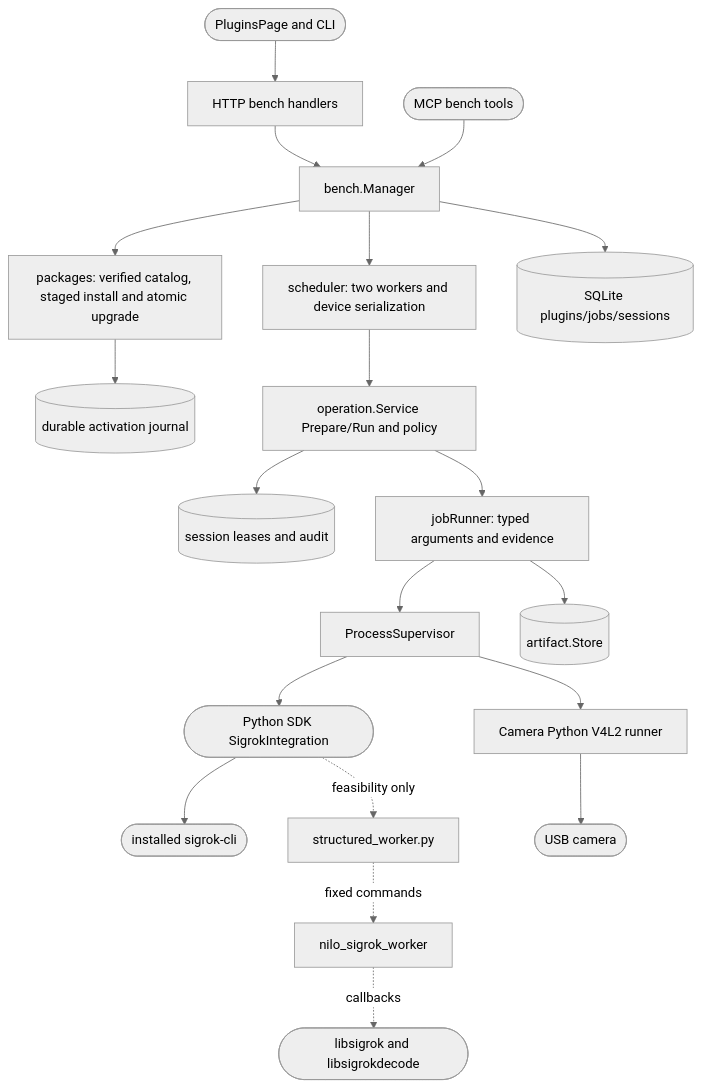
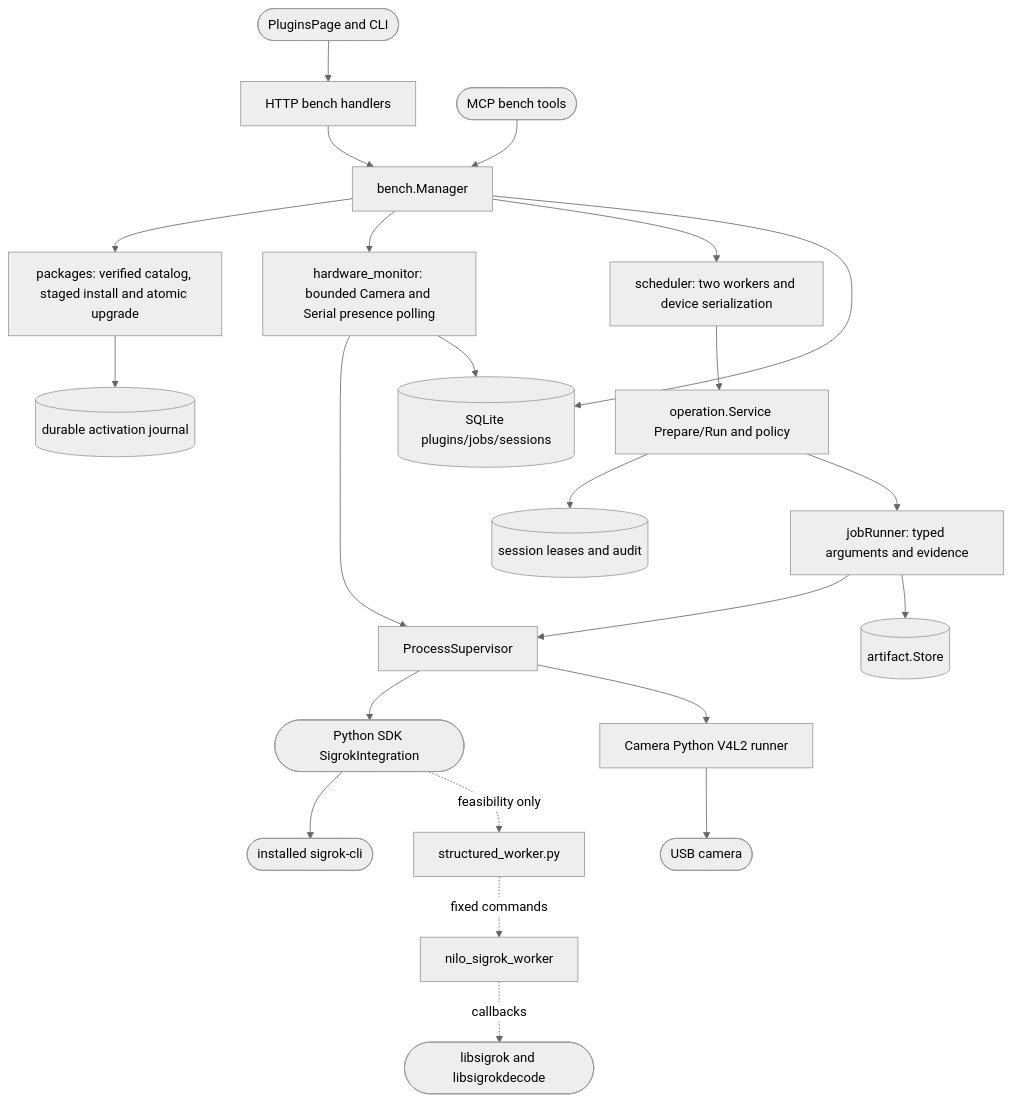
Before and after one commit to DDP-Engineering/2026_Networked_Intelligent_Lab_Orchestrator: the diagram in .agentic/knowledge/bench-integrations.md, drawn with Mermaid (neutral theme). The commit also changed other lines of this file and 160 other files, not shown here.

````diff
--- a/.agentic/knowledge/bench-integrations.md
+++ b/.agentic/knowledge/bench-integrations.md
@@ -118,22 +130,25 @@
 ```mermaid
 flowchart TD
     gui([PluginsPage and CLI]) --> http[HTTP bench handlers]
     mcp([MCP bench tools]) --> manager[bench.Manager]
     http --> manager
     manager --> packages[packages: verified catalog, staged install and atomic upgrade]
     packages --> journal[(durable activation journal)]
+    manager --> monitor[hardware_monitor: bounded Camera and Serial presence polling]
+    monitor --> supervisor
+    monitor --> db
     manager --> queue[scheduler: two workers and device serialization]
     manager --> db[(SQLite plugins/jobs/sessions)]
     queue --> operation[operation.Service Prepare/Run and policy]
     operation --> leases[(session leases and audit)]
     operation --> adapter[jobRunner: typed arguments and evidence]
     adapter --> supervisor[ProcessSupervisor]
     supervisor --> sdk([Python SDK SigrokIntegration])
     sdk --> cli([installed sigrok-cli])
     supervisor --> camera[Camera Python V4L2 runner]
     camera --> physical([USB camera])
     sdk -. feasibility only .-> structured[structured_worker.py]
     structured -. fixed commands .-> native[nilo_sigrok_worker]
     native -. callbacks .-> libraries([libsigrok and libsigrokdecode])
     adapter --> artifacts[(artifact.Store)]
 ```
````
